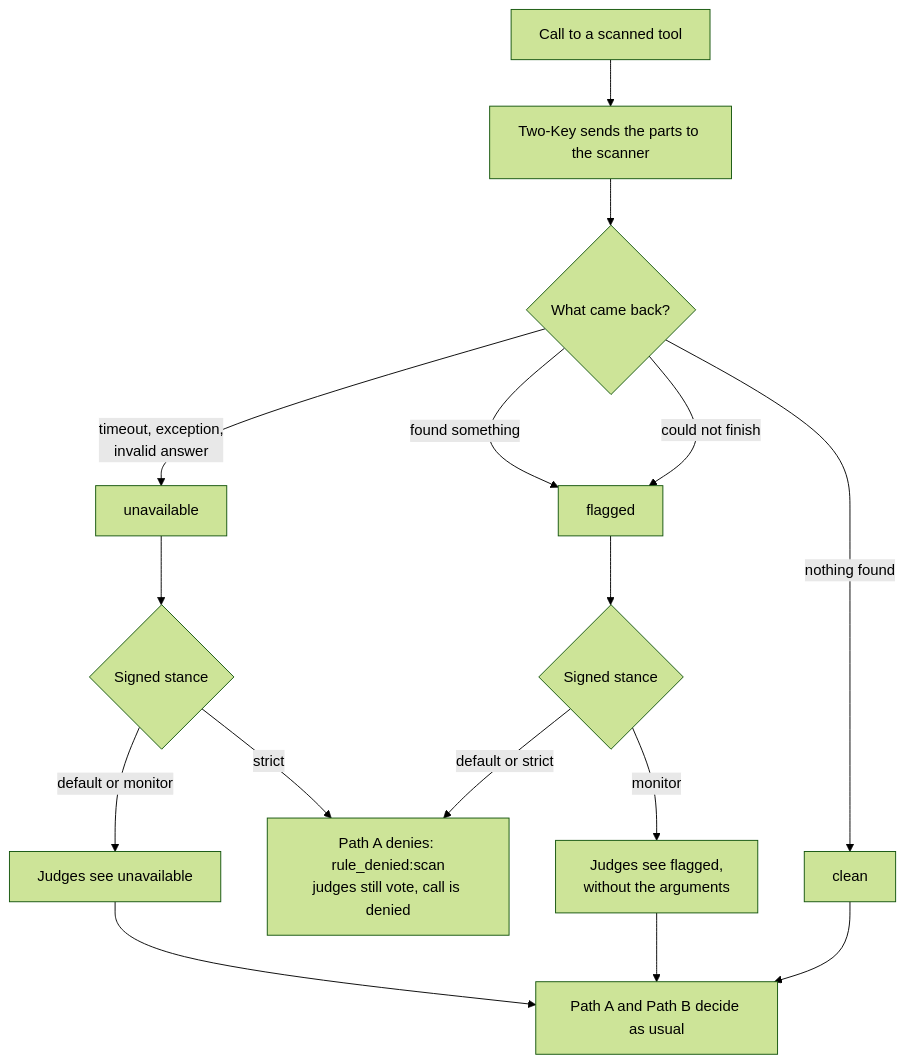
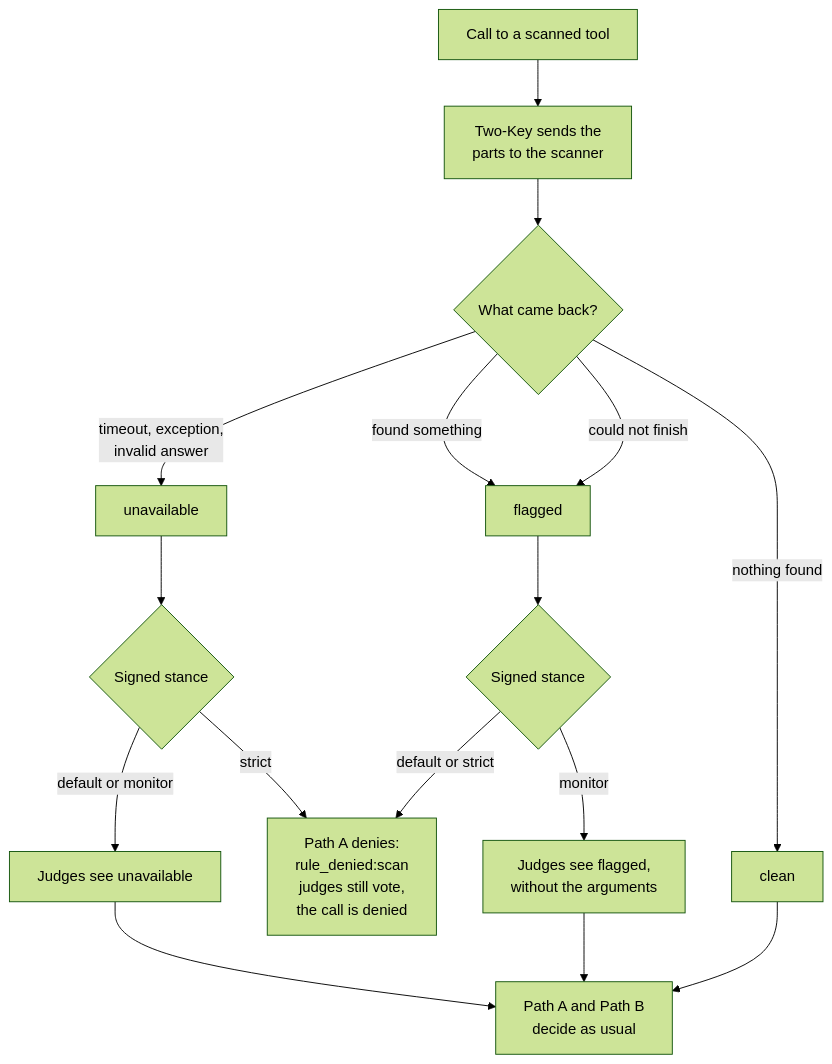
One commit to Insomniac-VibeLabs/two-key changed the fourth of 6 diagrams in docs/SCANNERS.md. Above: the diagram before and after it, drawn with Mermaid (forest theme). The commit also changed other lines of this file and 12 other files, not shown here.

First line of the commit message:
Redraw every diagram to one house style, checked by a test (#29)

````diff
--- a/docs/SCANNERS.md
+++ b/docs/SCANNERS.md
@@ -247,18 +264,18 @@
 ```mermaid
 flowchart TD
-  call["Call to a scanned tool"] --> scan["Two-Key sends the parts to the scanner"]
+  call["Call to a scanned tool"] --> scan["Two-Key sends the<br/>parts to the scanner"]
   scan --> answer{"What came back?"}
   answer -->|"timeout, exception,<br/>invalid answer"| unavailable["unavailable"]
   answer -->|"could not finish"| flagged["flagged"]
   answer -->|"found something"| flagged
   answer -->|"nothing found"| clean["clean"]
-  clean --> both["Path A and Path B decide as usual"]
+  clean --> both["Path A and Path B<br/>decide as usual"]
   flagged --> fstance{"Signed stance"}
-  fstance -->|"default or strict"| deny["Path A denies: rule_denied:scan<br/>judges still vote, call is denied"]
+  fstance -->|"default or strict"| deny["Path A denies:<br/>rule_denied:scan<br/>judges still vote,<br/>the call is denied"]
   fstance -->|"monitor"| judgesflag["Judges see flagged,<br/>without the arguments"]
   judgesflag --> both
   unavailable --> ustance{"Signed stance"}
   ustance -->|"strict"| deny
   ustance -->|"default or monitor"| judgesdown["Judges see unavailable"]
   judgesdown --> both
 ```
````
